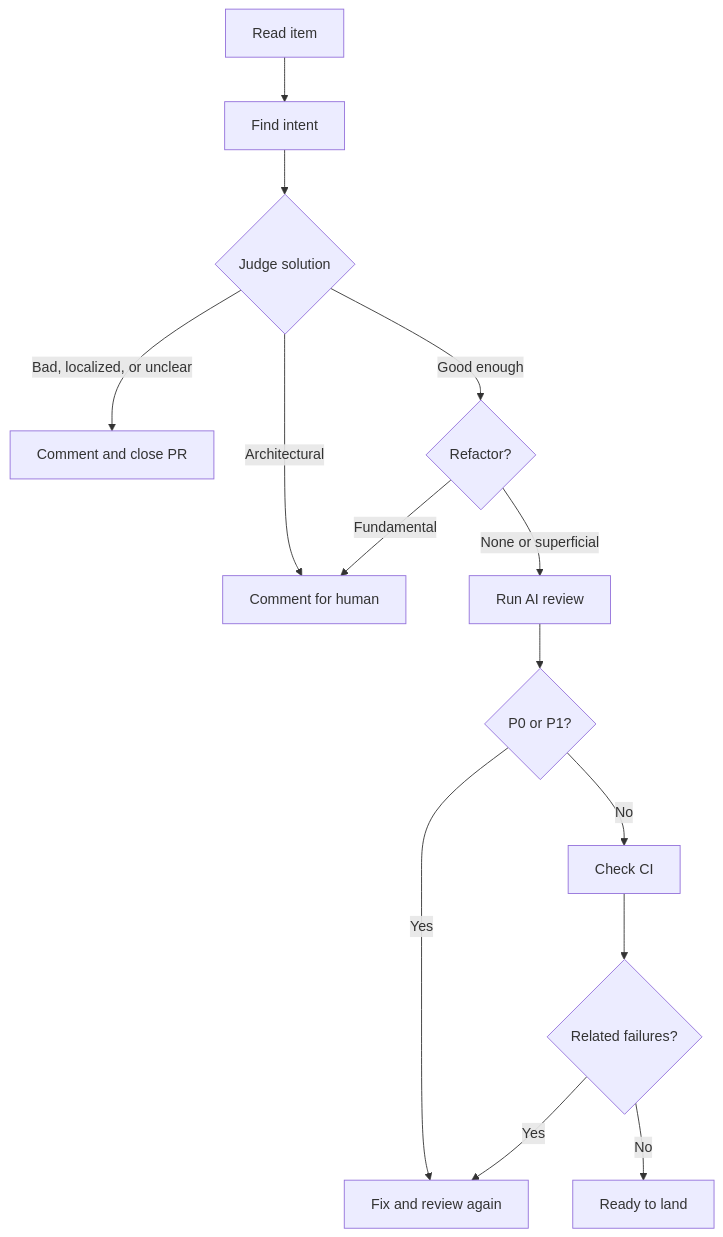
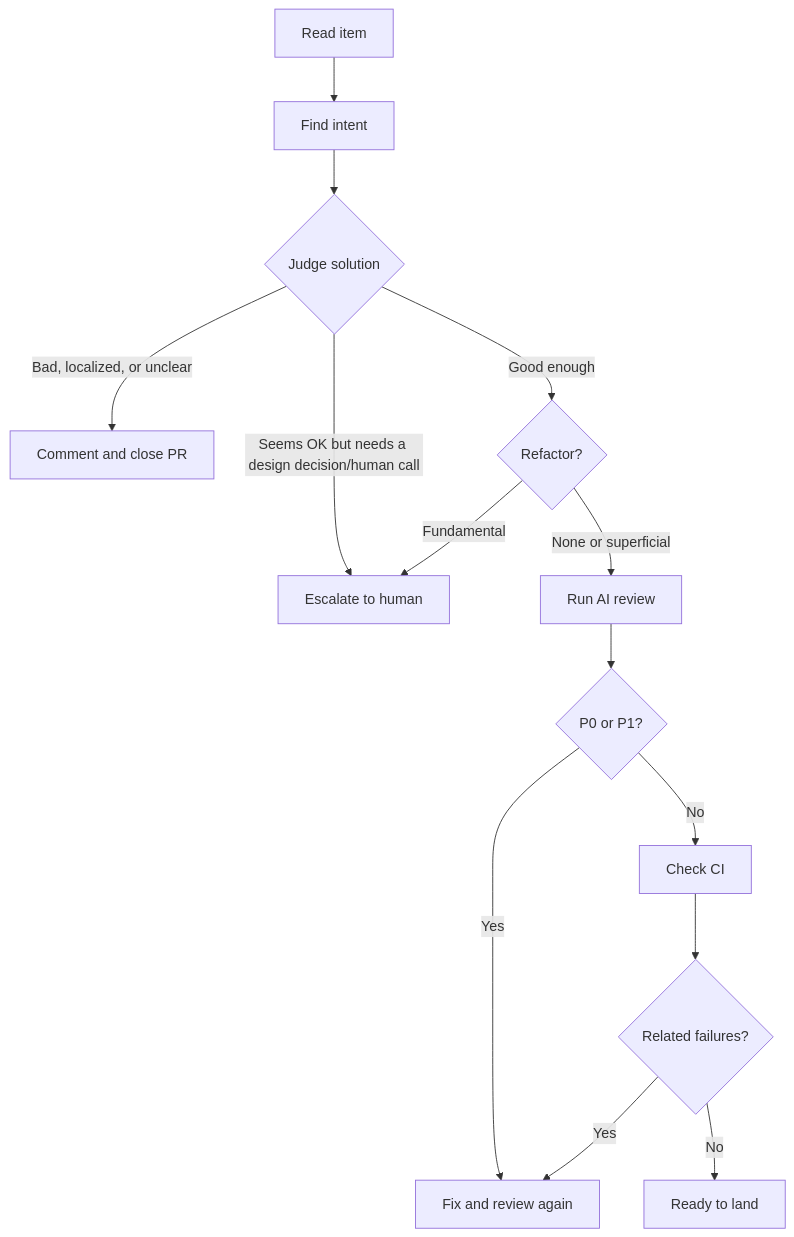
Before and after one commit to osolmaz/tools: the diagram in agents/prompts/pr-issue-triage.md, drawn with Mermaid.

Commit message:
docs: rename human escalation branch in triage prompt

````diff
--- a/agents/prompts/pr-issue-triage.md
+++ b/agents/prompts/pr-issue-triage.md
@@ -5,16 +5,16 @@
 ```mermaid
 flowchart TD
     A[Read item] --> B[Find intent]
     B --> C{Judge solution}
     C -->|Bad, localized, or unclear| D[Comment and close PR]
-    C -->|Architectural| E[Comment for human]
+    C -->|Seems OK but needs a design decision/human call| E[Escalate to human]
     C -->|Good enough| F{Refactor?}
     F -->|Fundamental| E
     F -->|None or superficial| G[Run AI review]
     G --> H{P0 or P1?}
     H -->|Yes| I[Fix and review again]
     H -->|No| J[Check CI]
     J --> K{Related failures?}
     K -->|Yes| I
     K -->|No| L[Ready to land]
 ```
````
